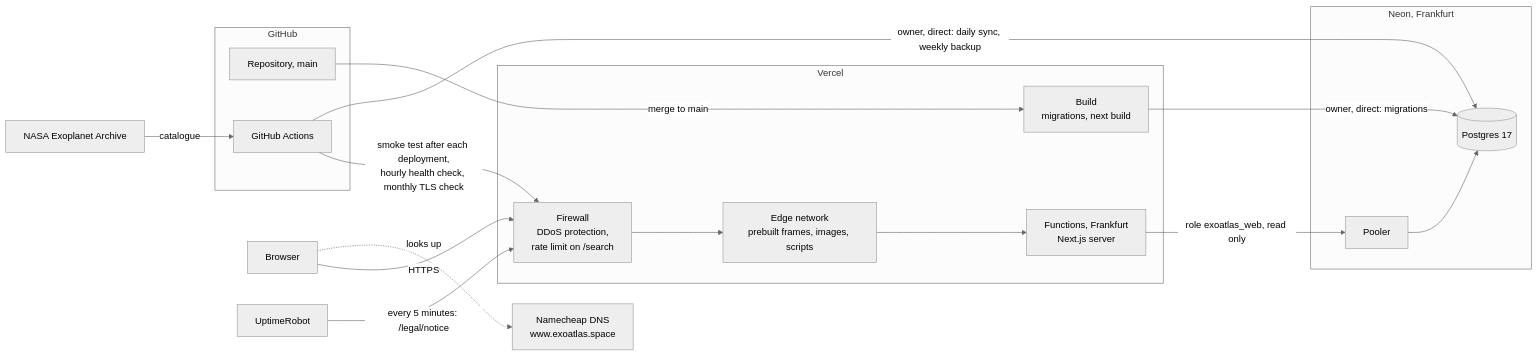
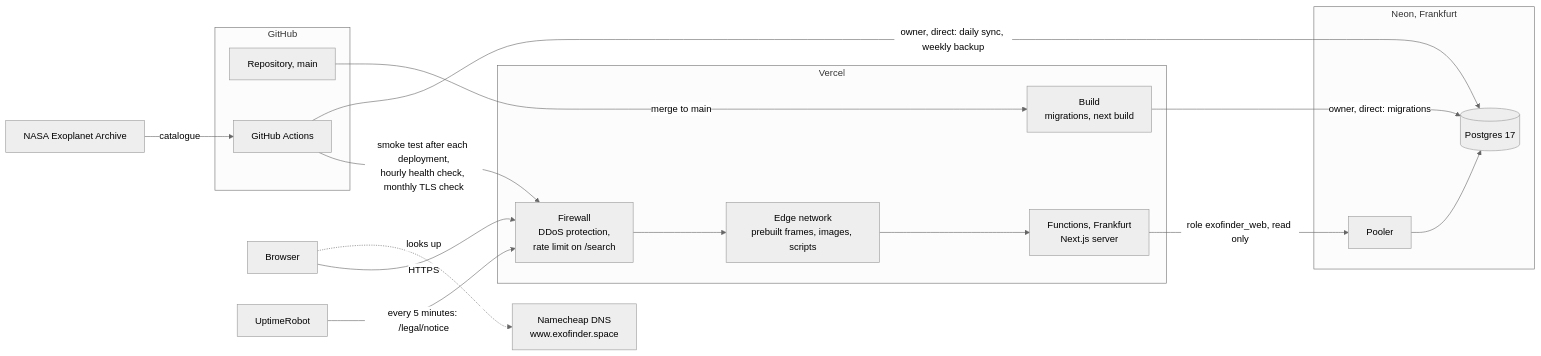
Before and after one commit to tomdevtech/ExoAtlas: the second of 12 diagrams in docs/ARCHITECTURE.md, drawn with Mermaid (neutral theme). The commit also changed other lines of this file and 67 other files, not shown here.

````diff
--- a/docs/ARCHITECTURE.md
+++ b/docs/ARCHITECTURE.md
@@ -52,31 +52,31 @@
 ```mermaid
 flowchart LR
     Browser
     NASA[NASA Exoplanet Archive]
     subgraph Vercel
         FW[Firewall<br>DDoS protection,<br>rate limit on /search]
         Edge[Edge network<br>prebuilt frames, images, scripts]
         Fn[Functions, Frankfurt<br>Next.js server]
         Build[Build<br>migrations, next build]
     end
     subgraph Neon[Neon, Frankfurt]
         Pooler
         PG[(Postgres 17)]
     end
     subgraph GitHub
         Repo[Repository, main]
         Actions[GitHub Actions]
     end
     Uptime[UptimeRobot]
-    DNS[Namecheap DNS<br>www.exoatlas.space]
+    DNS[Namecheap DNS<br>www.exofinder.space]
 
     Browser -.->|looks up| DNS
     Browser -->|HTTPS| FW --> Edge --> Fn
-    Fn -->|role exoatlas_web, read only| Pooler --> PG
+    Fn -->|role exofinder_web, read only| Pooler --> PG
     Repo -->|merge to main| Build
     Build -->|owner, direct: migrations| PG
     NASA -->|catalogue| Actions
     Actions -->|owner, direct: daily sync, weekly backup| PG
     Actions -->|smoke test after each deployment,<br>hourly health check, monthly TLS check| FW
     Uptime -->|every 5 minutes: /legal/notice| FW
 ```
````
